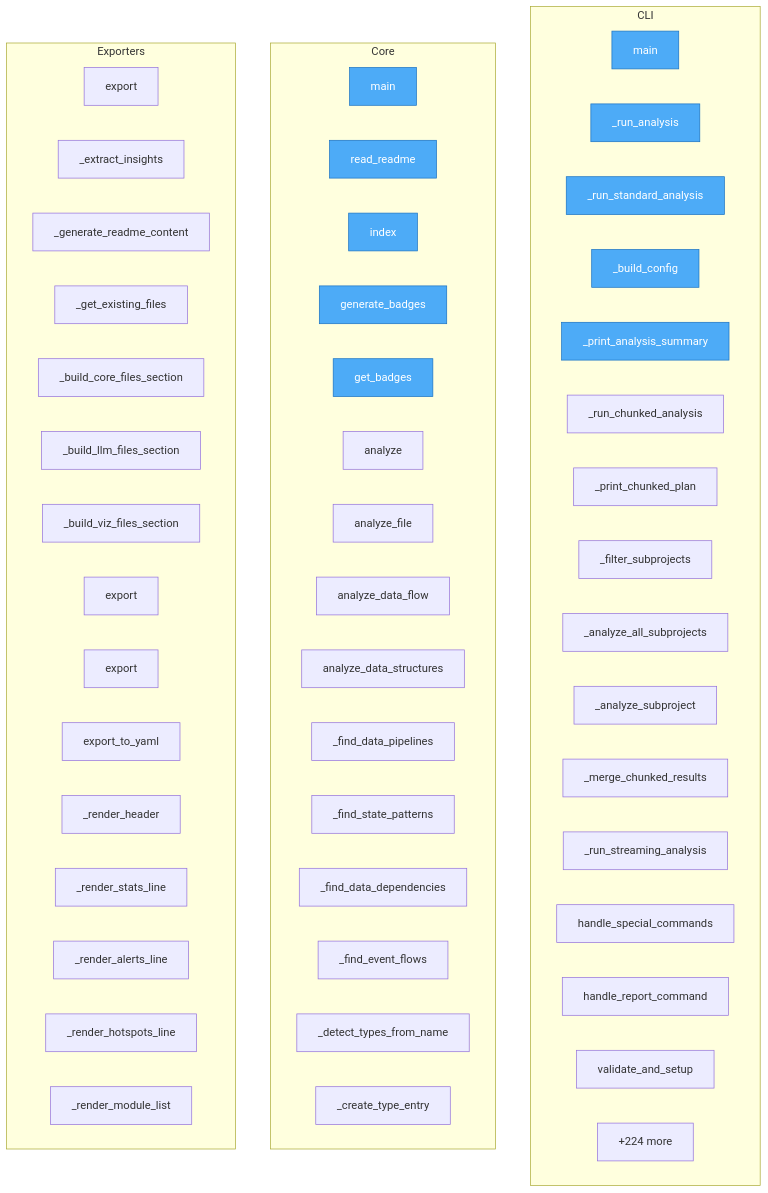
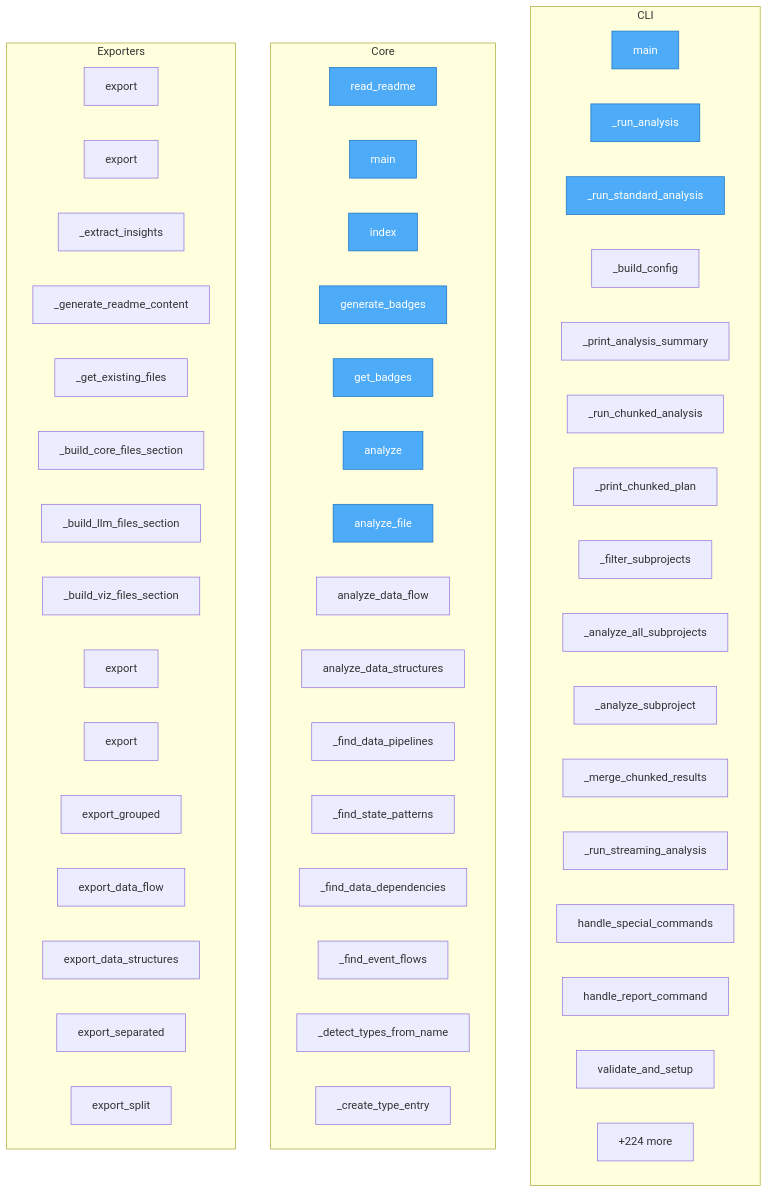
One commit to wronai/code2llm changed the diagram in project/flow.mmd. Above: the diagram before and after it, drawn with Mermaid. The commit also changed 14 other files, not shown here.

First line of the commit message:
refactor(docs): code analysis engine

```diff
--- a/project/flow.mmd
+++ b/project/flow.mmd
@@ -1,63 +1,63 @@
 flowchart TD
 
     %% Entry points (blue)
     classDef entry fill:#4dabf7,stroke:#1971c2,color:#fff
 
     subgraph CLI
         code2llm__cli__main["main"]
         code2llm__cli_analysis___run_analysis["_run_analysis"]
         code2llm__cli_analysis___run_standard_analysis["_run_standard_analysis"]
         code2llm__cli_analysis___build_config["_build_config"]
         code2llm__cli_analysis___print_analysis_summary["_print_analysis_summary"]
         code2llm__cli_analysis___run_chunked_analysis["_run_chunked_analysis"]
         code2llm__cli_analysis___print_chunked_plan["_print_chunked_plan"]
         code2llm__cli_analysis___filter_subprojects["_filter_subprojects"]
         code2llm__cli_analysis___analyze_all_subprojects["_analyze_all_subprojects"]
         code2llm__cli_analysis___analyze_subproject["_analyze_subproject"]
         code2llm__cli_analysis___merge_chunked_results["_merge_chunked_results"]
         code2llm__cli_analysis___run_streaming_analysis["_run_streaming_analysis"]
         code2llm__cli_commands__handle_special_commands["handle_special_commands"]
         code2llm__cli_commands__handle_report_command["handle_report_command"]
         code2llm__cli_commands__validate_and_setup["validate_and_setup"]
         ...["+40 more"]
     end
 
     subgraph Core
+        setup__read_readme["read_readme"]
         validate_toon__main["main"]
-        setup__read_readme["read_readme"]
         badges__server__index["index"]
         badges__server__generate_badges["generate_badges"]
         badges__server__get_badges["get_badges"]
         code2llm__api__analyze["analyze"]
         code2llm__api__analyze_file["analyze_file"]
         code2llm__DataAnalyzer__analyze_data_flow["analyze_data_flow"]
         code2llm__DataAnalyzer__analyze_data_structures["analyze_data_structures"]
         code2llm__DataAnalyzer___find_data_pipelines["_find_data_pipelines"]
         code2llm__DataAnalyzer___find_state_patterns["_find_state_patterns"]
         code2llm__DataAnalyzer___find_data_dependencies["_find_data_dependencies"]
         code2llm__DataAnalyzer___find_event_flows["_find_event_flows"]
         code2llm__DataAnalyzer___detect_types_from_name["_detect_types_from_name"]
         code2llm__DataAnalyzer___create_type_entry["_create_type_entry"]
         ...["+291 more"]
     end
 
     subgraph Exporters
+        code2llm__exporters__base__Exporter__export["export"]
         code2llm__exporters__readme_exporter__READMEExporter__export["export"]
         code2llm__READMEExporter___extract_insights["_extract_insights"]
         code2llm__READMEExporter___generate_readme_content["_generate_readme_content"]
         code2llm__READMEExporter___get_existing_files["_get_existing_files"]
         code2llm__READMEExporter___build_core_files_section["_build_core_files_section"]
         code2llm__READMEExporter___build_llm_files_section["_build_llm_files_section"]
         code2llm__READMEExporter___build_viz_files_section["_build_viz_files_section"]
-        code2llm__exporters__base__Exporter__export["export"]
-        code2llm__exporters__map_exporter__MapExporter__export["export"]
-        code2llm__MapExporter__export_to_yaml["export_to_yaml"]
-        code2llm__MapExporter___render_header["_render_header"]
-        code2llm__MapExporter___render_stats_line["_render_stats_line"]
-        code2llm__MapExporter___render_alerts_line["_render_alerts_line"]
-        code2llm__MapExporter___render_hotspots_line["_render_hotspots_line"]
-        code2llm__MapExporter___render_module_list["_render_module_list"]
+        code2llm__exporters__json_exporter__JSONExporter__export["export"]
+        code2llm__exporters__yaml_exporter__YAMLExporter__export["export"]
+        code2llm__YAMLExporter__export_grouped["export_grouped"]
+        code2llm__YAMLExporter__export_data_flow["export_data_flow"]
+        code2llm__YAMLExporter__export_data_structures["export_data_structures"]
+        code2llm__YAMLExporter__export_separated["export_separated"]
+        code2llm__YAMLExporter__export_split["export_split"]
         ...["+224 more"]
     end
 
-    class validate_toon__main,setup__read_readme,badges__server__index,badges__server__generate_badges,badges__server__get_badges,code2llm__cli__main,code2llm__cli_analysis___run_analysis,code2llm__cli_analysis___run_standard_analysis,code2llm__cli_analysis___build_config,code2llm__cli_analysis___print_analysis_summary entry
+    class setup__read_readme,validate_toon__main,badges__server__index,badges__server__generate_badges,badges__server__get_badges,code2llm__cli__main,code2llm__api__analyze,code2llm__api__analyze_file,code2llm__cli_analysis___run_analysis,code2llm__cli_analysis___run_standard_analysis entry
```
